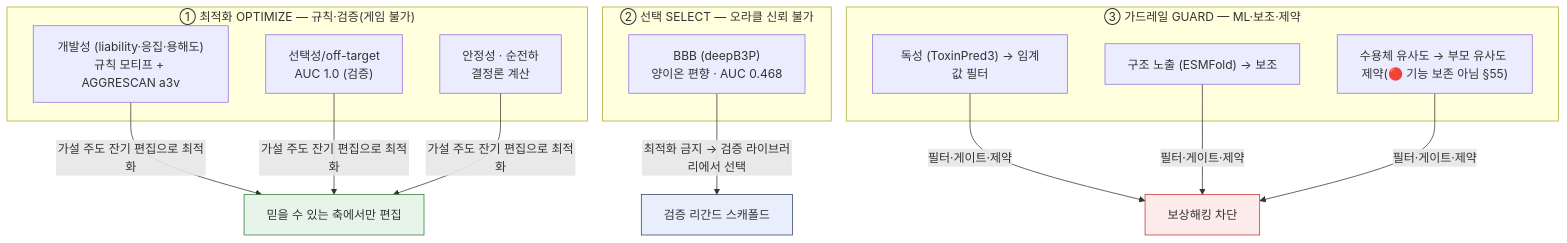
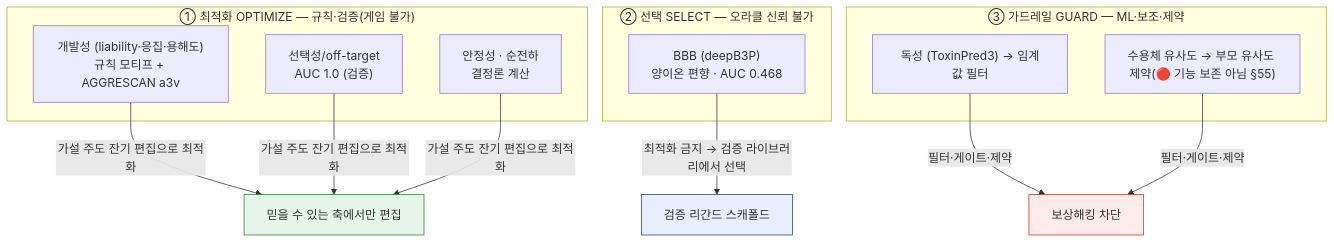
Before and after one commit to yunseul6028/BBB-Optimizer: the fifth of 10 diagrams in 아키텍처.md, drawn with Mermaid. The commit also changed other lines of this file and 10 other files, not shown here.

````diff
--- a/아키텍처.md
+++ b/아키텍처.md
@@ -220,24 +215,23 @@
 ```mermaid
 flowchart TB
   subgraph OPT["① 최적화 OPTIMIZE — 규칙·검증(게임 불가)"]
     O1["개발성 (liability·응집·용해도)<br/>규칙 모티프 + AGGRESCAN a3v"]
     O2["선택성/off-target<br/>AUC 1.0 (검증)"]
     O3["안정성 · 순전하<br/>결정론 계산"]
   end
   subgraph SEL["② 선택 SELECT — 오라클 신뢰 불가"]
     S1["BBB (deepB3P)<br/>양이온 편향 · AUC 0.468"]
   end
   subgraph GRD["③ 가드레일 GUARD — ML·보조·제약"]
     G1["독성 (ToxinPred3) → 임계값 필터"]
-    G2["구조 노출 (ESMFold) → 보조"]
     G3["수용체 유사도 → 부모 유사도 제약(🔴 기능 보존 아님 §55)"]
   end
 
   O1 & O2 & O3 -->|"가설 주도 잔기 편집으로 최적화"| EDIT["믿을 수 있는 축에서만 편집"]:::ok
   S1 -->|"최적화 금지 → 검증 라이브러리에서 선택"| LIB["검증 리간드 스캐폴드"]:::sel
-  G1 & G2 & G3 -->|"필터·게이트·제약"| GATE["보상해킹 차단"]:::grd
+  G1 & G3 -->|"필터·게이트·제약"| GATE["보상해킹 차단"]:::grd
 
   classDef ok fill:#e6f4ea,stroke:#2e7d32;
   classDef sel fill:#e8eefc,stroke:#30405c;
   classDef grd fill:#fdeaea,stroke:#c0392b;
 ```
````
